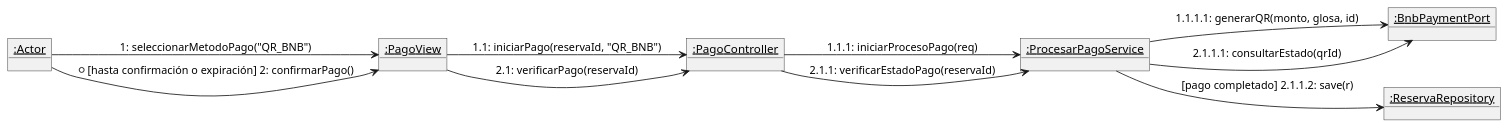
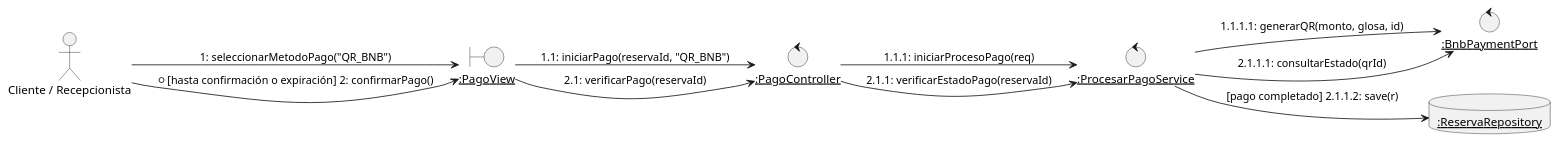
Before and after one commit to Tsmrain/GestionSistemas: diagram 14 of 36 in RefactorV4.md, drawn with PlantUML. The commit also changed other lines of this file, not shown here.

Commit message:
refactor: standardize plantuml diagrams using boundary, control, entity, and database stereotypes

````diff
--- a/RefactorV4.md
+++ b/RefactorV4.md
@@ -809,22 +809,22 @@
 ```plantuml
 @startuml
 left to right direction
-object "<u>:Actor</u>" as Actor
-object "<u>:PagoView</u>" as View
-object "<u>:PagoController</u>" as Ctrl
-object "<u>:ProcesarPagoService</u>" as Serv
-object "<u>:BnbPaymentPort</u>" as BNB
-object "<u>:ReservaRepository</u>" as Repo
+actor Actor as "Cliente / Recepcionista"
+boundary "<u>:PagoView</u>" as View
+control "<u>:PagoController</u>" as Ctrl
+control "<u>:ProcesarPagoService</u>" as Serv
+control "<u>:BnbPaymentPort</u>" as BNB
+database "<u>:ReservaRepository</u>" as Repo
 
 Actor --> View : 1: seleccionarMetodoPago("QR_BNB")
 View --> Ctrl : 1.1: iniciarPago(reservaId, "QR_BNB")
 Ctrl --> Serv : 1.1.1: iniciarProcesoPago(req)
 Serv --> BNB : 1.1.1.1: generarQR(monto, glosa, id)
 
 Actor --> View : * [hasta confirmación o expiración] 2: confirmarPago()
 View --> Ctrl : 2.1: verificarPago(reservaId)
 Ctrl --> Serv : 2.1.1: verificarEstadoPago(reservaId)
 Serv --> BNB : 2.1.1.1: consultarEstado(qrId)
 Serv --> Repo : [pago completado] 2.1.1.2: save(r)
 @enduml
 ```
````
